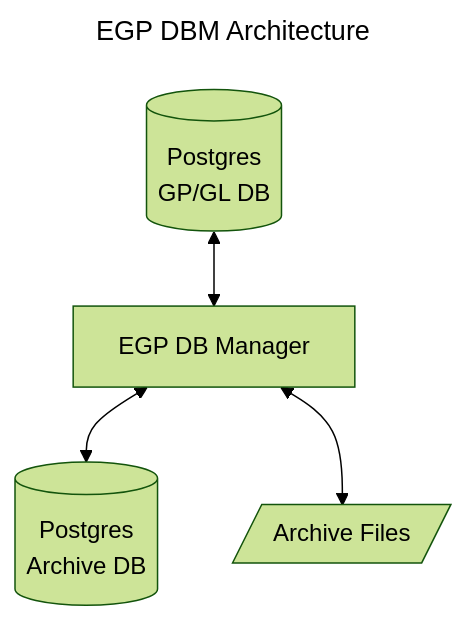
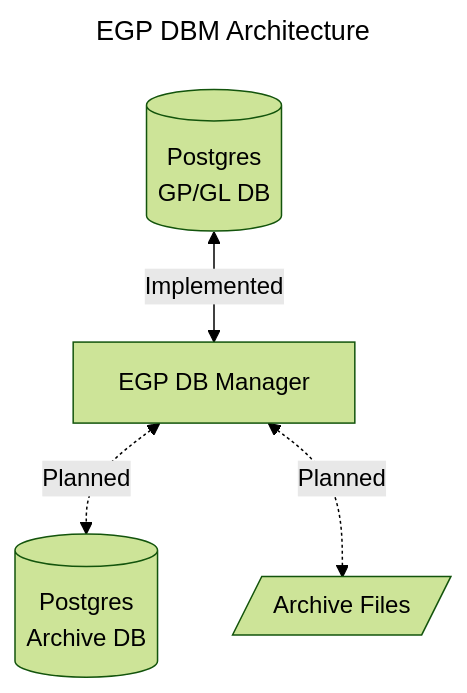
The first of 3 diagrams in egpdbmgr/docs/sw_architecture.md (Shapedsundew9/erasmus-gp), drawn with Mermaid (forest theme) before and after one commit. The commit also changed other lines of this file and 7 other files, not shown here.

````diff
--- a/egpdbmgr/docs/sw_architecture.md
+++ b/egpdbmgr/docs/sw_architecture.md
@@ -5,16 +5,16 @@
 ```mermaid
 ---
 title: EGP DBM Architecture
 ---
 flowchart TD
     db1[(Postgres
         GP/GL DB)]
     db2[(Postgres
         Archive DB)]
     dbm1["EGP DB Manager"]
     bu1[/"Archive Files"/]
 
-    db1 <--> dbm1
-    dbm1 <--> db2
-    dbm1 <--> bu1
+    db1 <-->|Implemented| dbm1
+    dbm1 <-.->|Planned| db2
+    dbm1 <-.->|Planned| bu1
 ```
````
